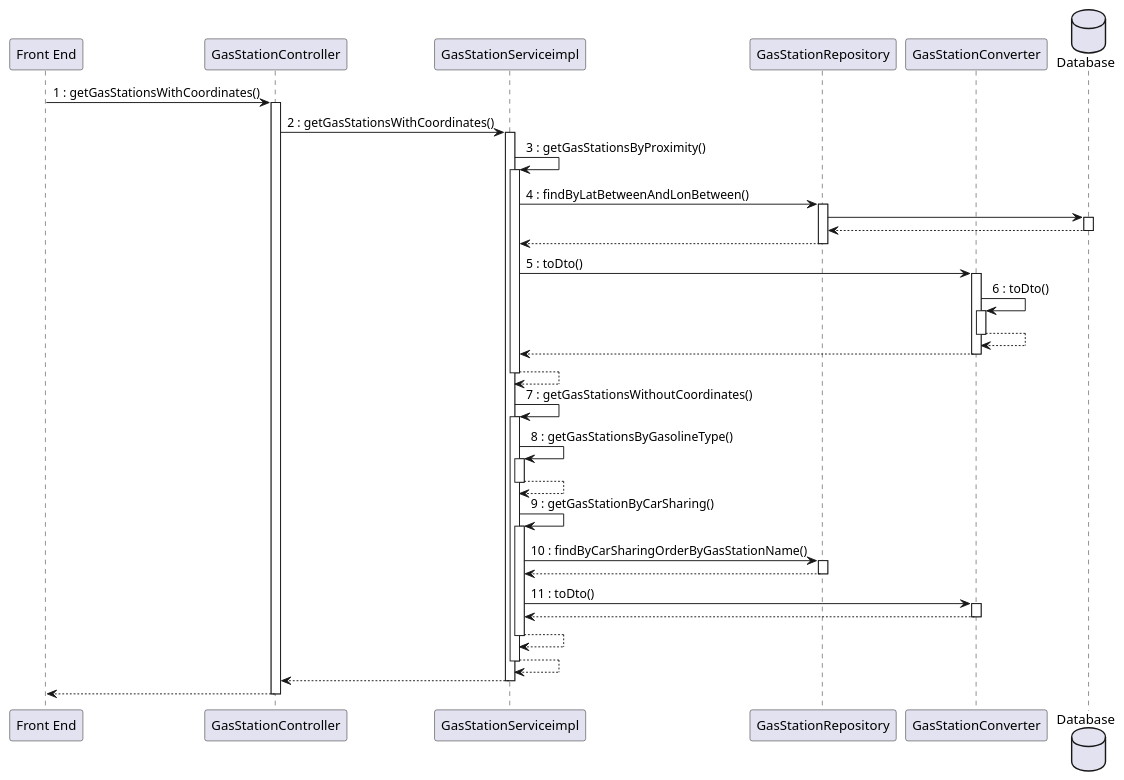
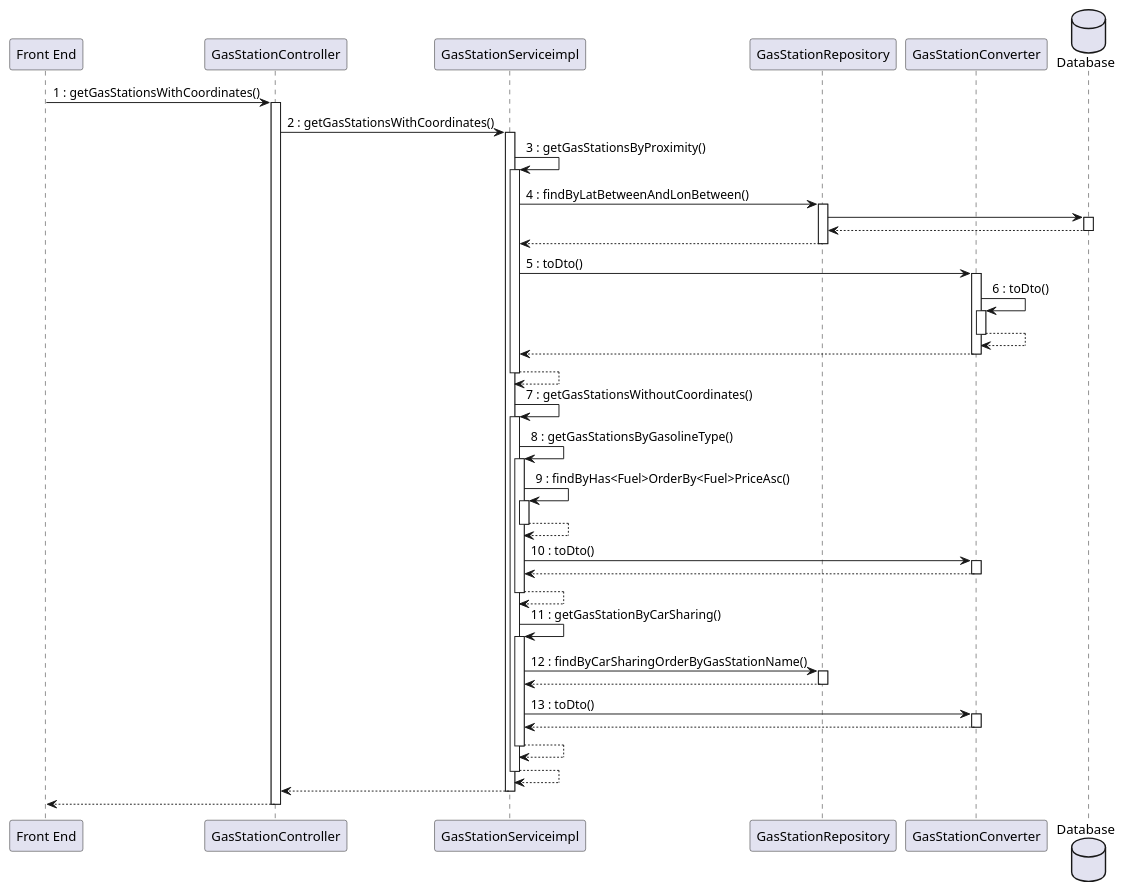
Diagram 12 of 15 in docs/DesignDocument.md (mosTavassoli/ezgas), drawn with PlantUML before and after one commit.

Commit message:
docs(DesignDocument): fix sequence diagram use case 8

````diff
--- a/docs/DesignDocument.md
+++ b/docs/DesignDocument.md
@@ -840,41 +840,49 @@
 ```plantuml
 database Database order 30
 "Front End" -> GasStationController:1 : getGasStationsWithCoordinates()
 activate GasStationController
 GasStationController -> GasStationServiceimpl:2 : getGasStationsWithCoordinates()
 activate GasStationServiceimpl
 
 GasStationServiceimpl -> GasStationServiceimpl: 3 : getGasStationsByProximity()
 activate GasStationServiceimpl
 GasStationServiceimpl -> GasStationRepository: 4 : findByLatBetweenAndLonBetween()
 activate GasStationRepository
 GasStationRepository -> Database
 activate Database
 return
 return
 GasStationServiceimpl -> GasStationConverter: 5 : toDto()
 activate GasStationConverter
 GasStationConverter -> GasStationConverter: 6 : toDto()
 activate GasStationConverter
 return
 return
 return
 
 GasStationServiceimpl -> GasStationServiceimpl: 7 : getGasStationsWithoutCoordinates()
 activate GasStationServiceimpl
 GasStationServiceimpl -> GasStationServiceimpl: 8 : getGasStationsByGasolineType()
 activate GasStationServiceimpl
+GasStationServiceimpl ->GasStationServiceimpl: 9 : findByHas<Fuel>OrderBy<Fuel>PriceAsc()
+activate GasStationServiceimpl
 return
-GasStationServiceimpl -> GasStationServiceimpl: 9 : getGasStationByCarSharing()
+GasStationServiceimpl -> GasStationConverter: 10 : toDto()
+activate GasStationConverter
+
+return
+
+return
+GasStationServiceimpl -> GasStationServiceimpl: 11 : getGasStationByCarSharing()
 activate GasStationServiceimpl
-GasStationServiceimpl -> GasStationRepository: 10 : findByCarSharingOrderByGasStationName()
+GasStationServiceimpl -> GasStationRepository: 12 : findByCarSharingOrderByGasStationName()
 activate GasStationRepository
 return
-GasStationServiceimpl -> GasStationConverter: 11 : toDto()
+GasStationServiceimpl -> GasStationConverter: 13 : toDto()
 activate GasStationConverter
 return
 return
 return
 return
 return
 ```
````
